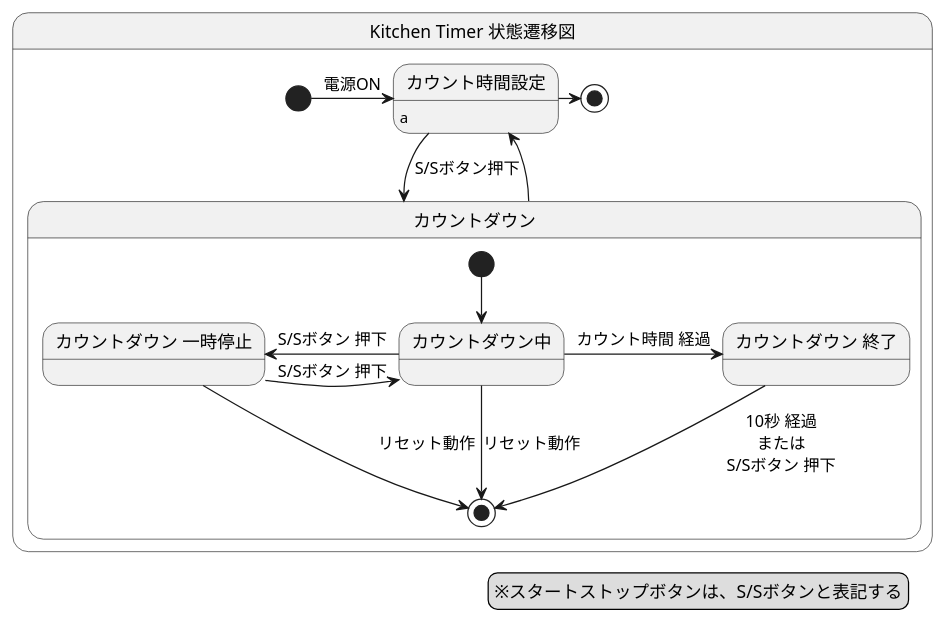
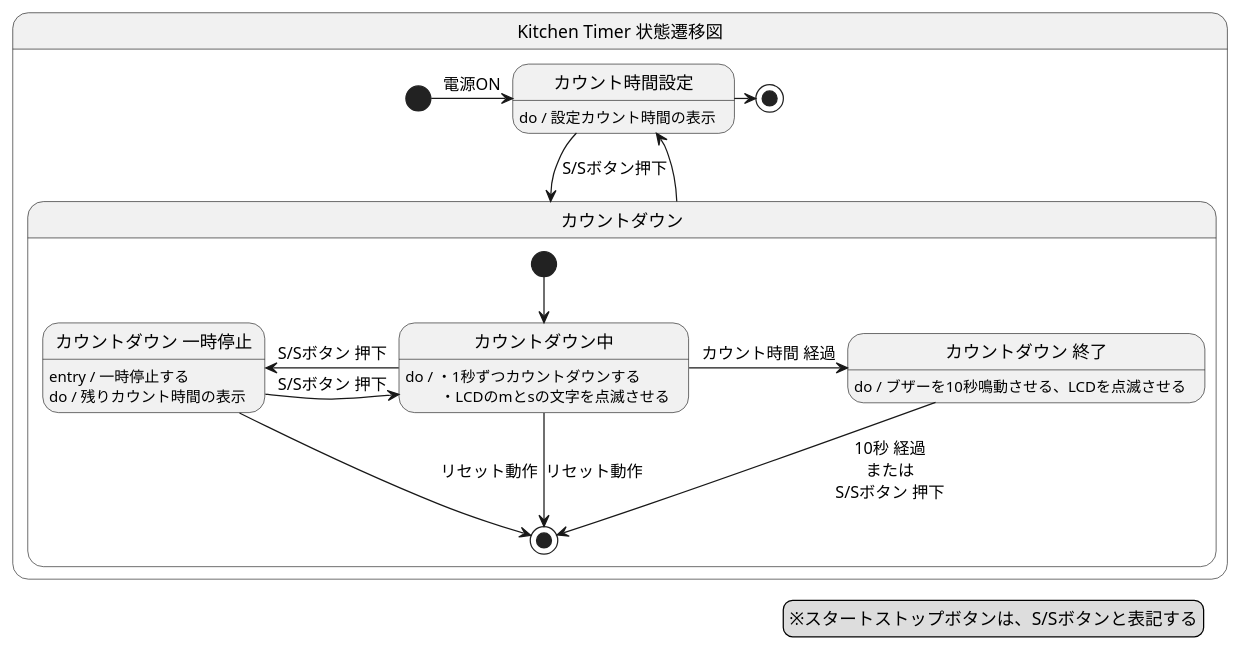
Before and after one commit to hakohumi/comp.Kitchen_Timer: the diagram in 状態遷移図v0.2.pu, drawn with PlantUML. The commit also changed 4 other files, not shown here.

Commit message:
状態遷移図 作成

```diff
--- a/状態遷移図v0.2.pu
+++ b/状態遷移図v0.2.pu
@@ -1,39 +1,47 @@
 @startuml Kitchen_Timer_State
 
 legend right
 ※スタートストップボタンは、S/Sボタンと表記する
 end legend
 
 state "Kitchen Timer 状態遷移図" as Kitchen_Timer_State{
     state "カウント時間設定" as SettingTime
-    SettingTime : a
+    SettingTime : do / 設定カウント時間の表示
 
     [*] -right-> SettingTime : 電源ON
 
     SettingTime -down-> CountDown : S/Sボタン押下
 
     state "カウントダウン" as CountDown {
         [*] --> RunningCountDown
 
         state "カウントダウン中" as RunningCountDown
+        RunningCountDown : do / ・1秒ずつカウントダウンする\n         ・LCDのmとsの文字を点滅させる
+
+        
         RunningCountDown -left-> StopCountDown : S/Sボタン 押下
         RunningCountDown -right-> EndCountDown : カウント時間 経過
         RunningCountDown -down-> [*] : リセット動作
 
         state "カウントダウン 一時停止" as StopCountDown
+        StopCountDown : entry / 一時停止する
+        StopCountDown : do / 残りカウント時間の表示
+        
         StopCountDown -right-> RunningCountDown : S/Sボタン 押下
         StopCountDown --> [*] : リセット動作
 
         state "カウントダウン 終了" as EndCountDown
+        EndCountDown : do / ブザーを10秒鳴動させる、LCDを点滅させる
+
         EndCountDown --> [*] : 10秒 経過\nまたは\nS/Sボタン 押下
 
     }
 
     CountDown -up-> SettingTime
 
     SettingTime -right-> [*]
 
 }
 
 
 @enduml
```
